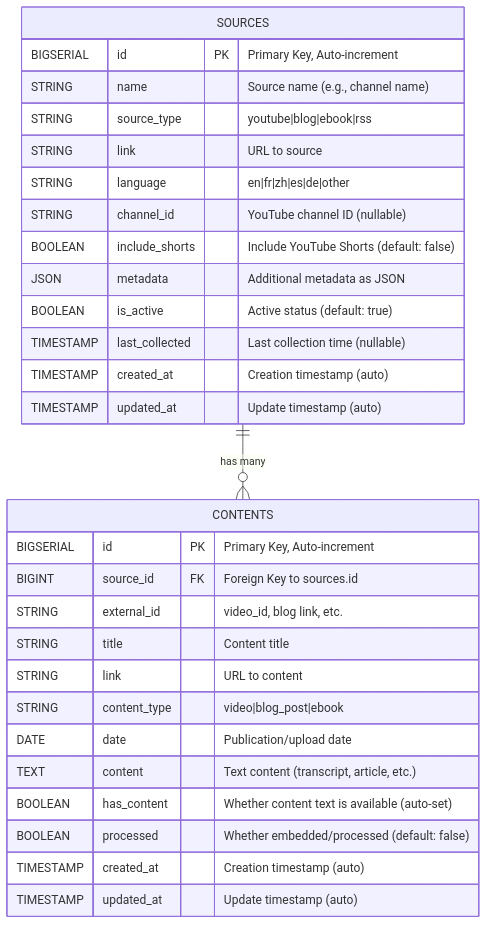
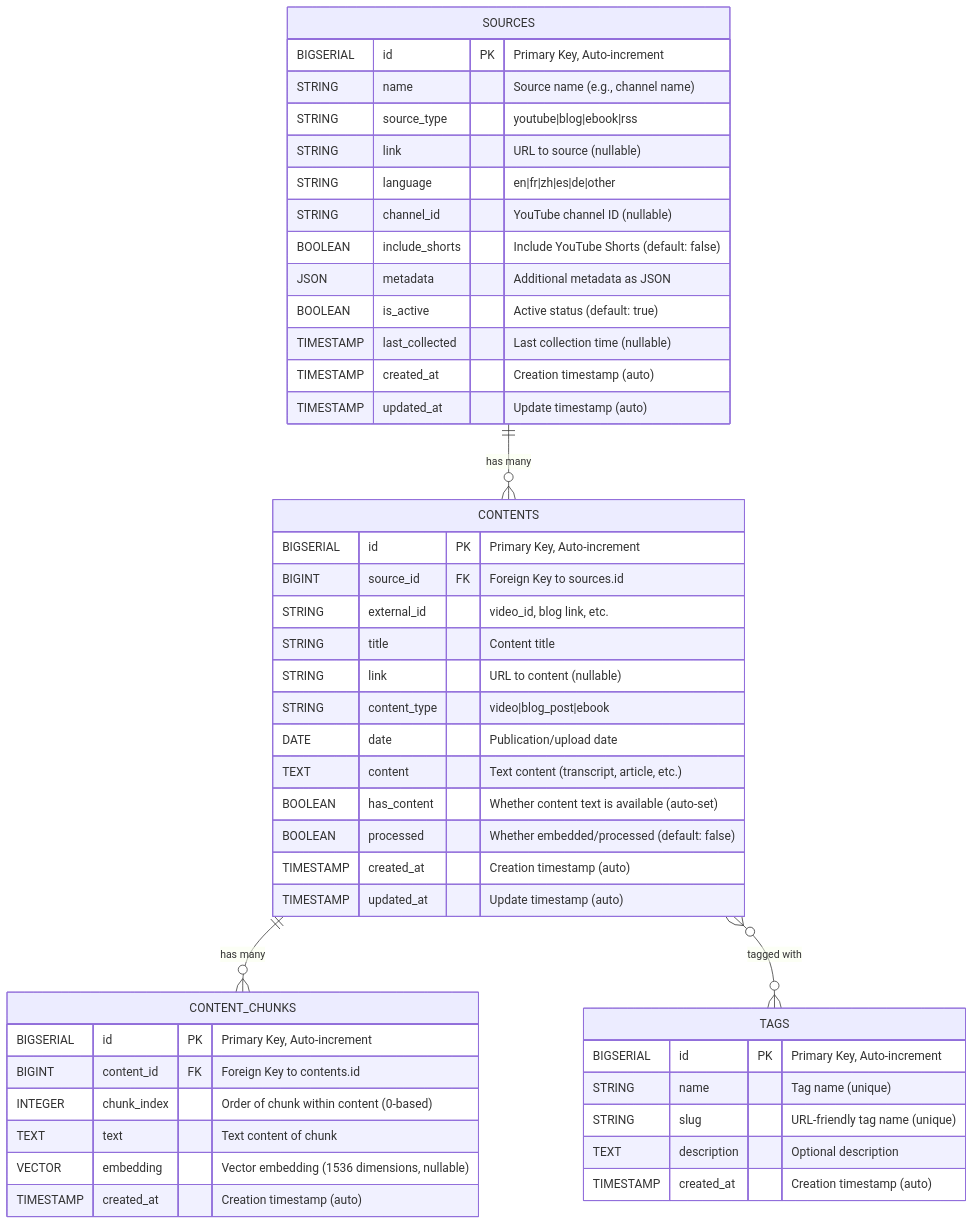
The diagram in DATABASE_DIAGRAM.md (Joriiss/sinotales-dashboard), drawn with Mermaid before and after one commit. The commit also changed other lines of this file and 8 other files, not shown here.

````diff
--- a/DATABASE_DIAGRAM.md
+++ b/DATABASE_DIAGRAM.md
@@ -5,35 +5,54 @@
 ```mermaid
 erDiagram
 
     SOURCES {
         BIGSERIAL id PK "Primary Key, Auto-increment"
         STRING name "Source name (e.g., channel name)"
         STRING source_type "youtube|blog|ebook|rss"
-        STRING link "URL to source"
+        STRING link "URL to source (nullable)"
         STRING language "en|fr|zh|es|de|other"
         STRING channel_id "YouTube channel ID (nullable)"
         BOOLEAN include_shorts "Include YouTube Shorts (default: false)"
         JSON metadata "Additional metadata as JSON"
         BOOLEAN is_active "Active status (default: true)"
         TIMESTAMP last_collected "Last collection time (nullable)"
         TIMESTAMP created_at "Creation timestamp (auto)"
         TIMESTAMP updated_at "Update timestamp (auto)"
     }
 
     CONTENTS {
         BIGSERIAL id PK "Primary Key, Auto-increment"
         BIGINT source_id FK "Foreign Key to sources.id"
         STRING external_id "video_id, blog link, etc."
         STRING title "Content title"
-        STRING link "URL to content"
+        STRING link "URL to content (nullable)"
         STRING content_type "video|blog_post|ebook"
         DATE date "Publication/upload date"
         TEXT content "Text content (transcript, article, etc.)"
         BOOLEAN has_content "Whether content text is available (auto-set)"
         BOOLEAN processed "Whether embedded/processed (default: false)"
         TIMESTAMP created_at "Creation timestamp (auto)"
         TIMESTAMP updated_at "Update timestamp (auto)"
     }
 
+    TAGS {
+        BIGSERIAL id PK "Primary Key, Auto-increment"
+        STRING name "Tag name (unique)"
+        STRING slug "URL-friendly tag name (unique)"
+        TEXT description "Optional description"
+        TIMESTAMP created_at "Creation timestamp (auto)"
+    }
+
+    CONTENT_CHUNKS {
+        BIGSERIAL id PK "Primary Key, Auto-increment"
+        BIGINT content_id FK "Foreign Key to contents.id"
+        INTEGER chunk_index "Order of chunk within content (0-based)"
+        TEXT text "Text content of chunk"
+        VECTOR embedding "Vector embedding (1536 dimensions, nullable)"
+        TIMESTAMP created_at "Creation timestamp (auto)"
+    }
+
     SOURCES ||--o{ CONTENTS : "has many"
+    CONTENTS ||--o{ CONTENT_CHUNKS : "has many"
+    CONTENTS }o--o{ TAGS : "tagged with"
 ```
````
